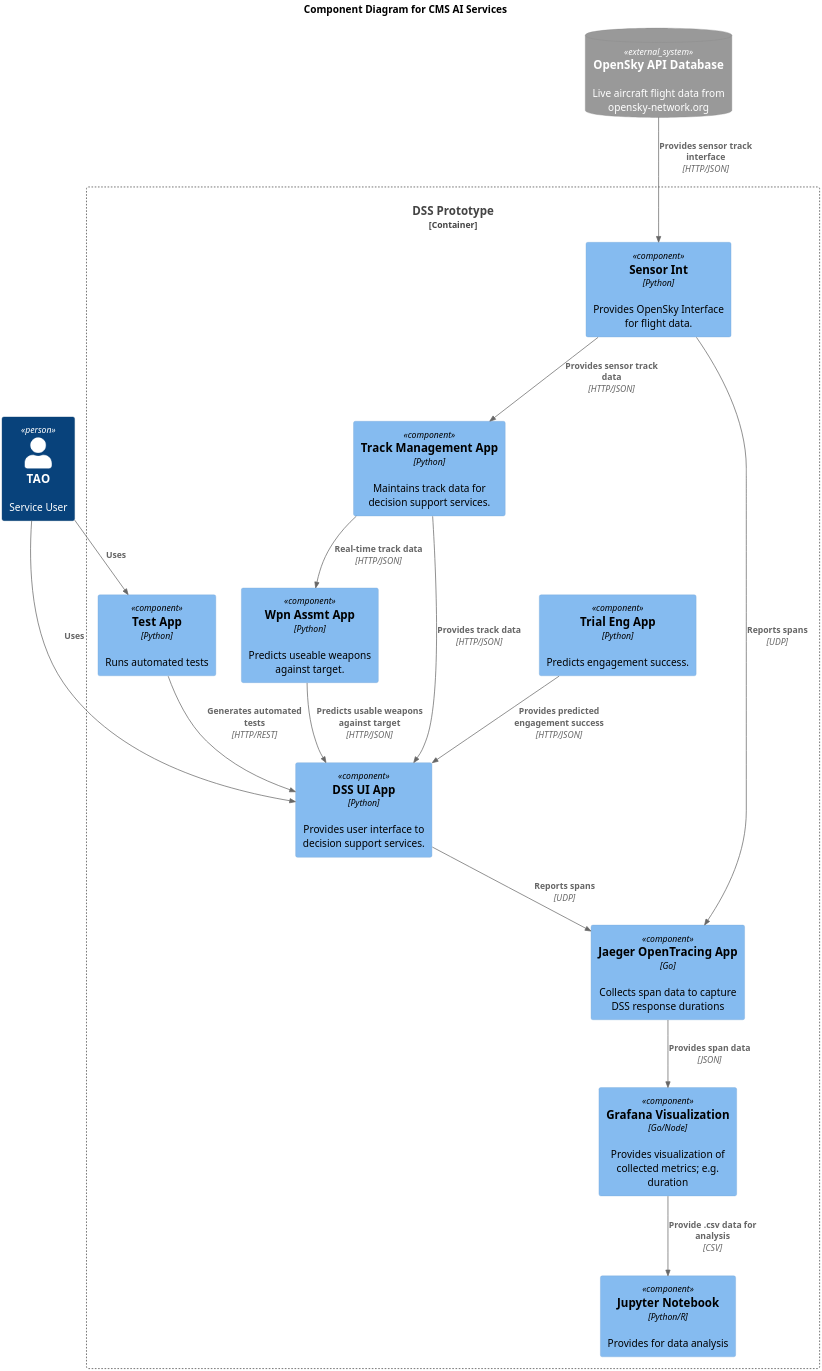
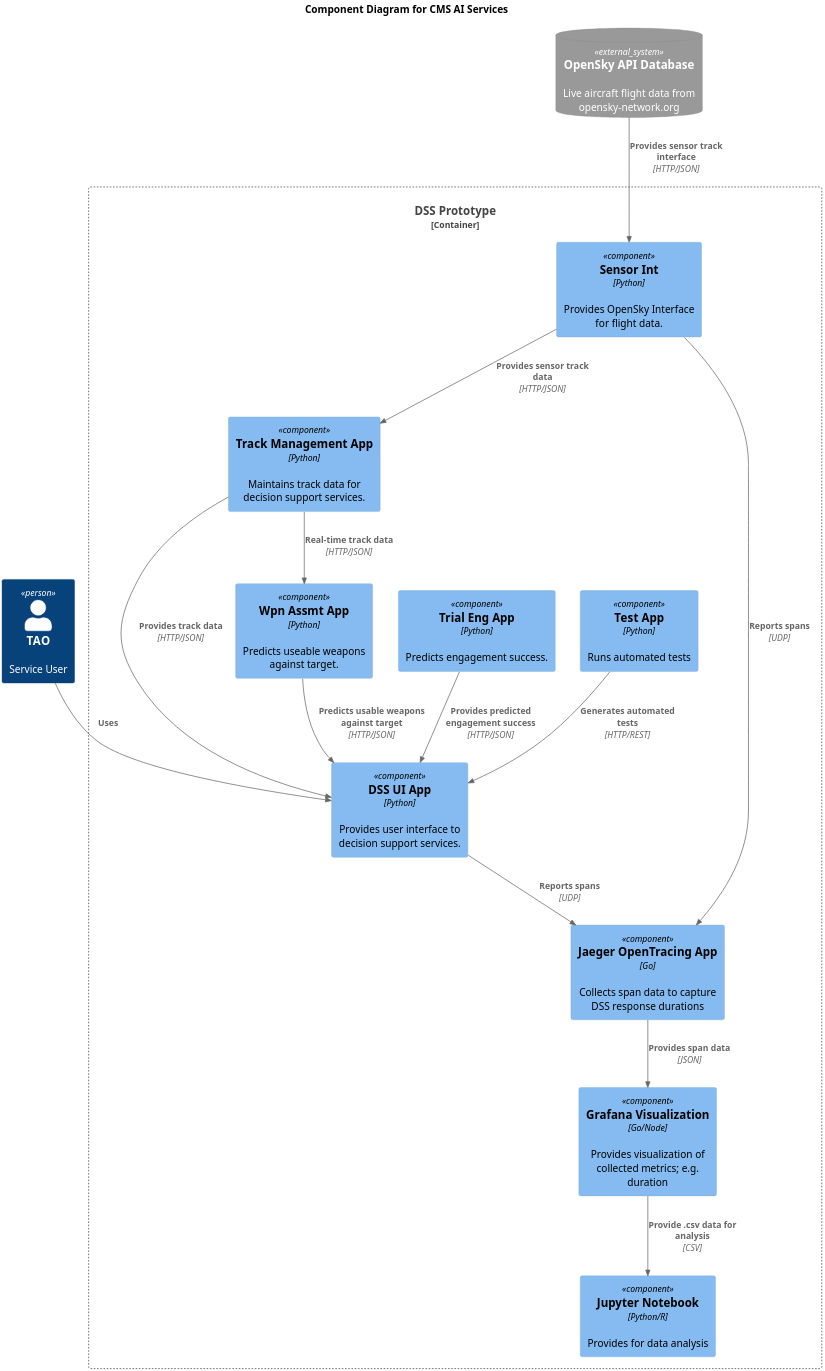
Before and after one commit to amurp003/dss-prototype: the second of 3 diagrams in doc/software-design/dss-prototype-sw-design.puml, drawn with PlantUML. The commit also changed other lines of this file and 6 other files, not shown here.

```diff
--- a/doc/software-design/dss-prototype-sw-design.puml
+++ b/doc/software-design/dss-prototype-sw-design.puml
@@ -24,41 +24,40 @@
 @startuml Component Diagram v1
 skinparam dpi 300
 !include https://raw.githubusercontent.com/plantuml-stdlib/C4-PlantUML/master/C4_Component.puml
 ' uncomment the following line and comment the first to use locally
 ' !include C4_Component.puml
 
 
 ' LAYOUT_LANDSCAPE()
 
 title Component Diagram for CMS AI Services
 
 Person(tao, TAO, "Service User")
 Container_Boundary(AI, "DSS Prototype"){
 
     Component(UI, "DSS UI App", "Python", "Provides user interface to decision support services.")
     Component(TM, "Track Management App", "Python", "Maintains track data for decision support services.")
     Component(TnE, "Test App", "Python", "Runs automated tests")
     Component(TE,"Trial Eng App", "Python", "Predicts engagement success.")
     Component(WA, "Wpn Assmt App", "Python", "Predicts useable weapons against target.")
     Component(SI, "Sensor Int", "Python", "Provides OpenSky Interface for flight data.")
     Component(Grafana, "Grafana Visualization", "Go/Node", "Provides visualization of collected metrics; e.g. duration")
     Component(Jaeger, "Jaeger OpenTracing App", "Go", "Collects span data to capture DSS response durations")
     Component(Jupyter, "Jupyter Notebook", "Python/R", "Provides for data analysis")
     }
 
 SystemDb_Ext(C2, "OpenSky API Database", "Live aircraft flight data from opensky-network.org")
 
 Rel(C2,SI, "Provides sensor track interface", "HTTP/JSON")
 Rel(SI,TM, "Provides sensor track data", "HTTP/JSON")
 Rel(tao,UI, "Uses")
-Rel(tao,TnE, "Uses")
 Rel(TM,UI, "Provides track data", "HTTP/JSON")
 Rel(TnE,UI, "Generates automated tests", "HTTP/REST")
 Rel(TE,UI, "Provides predicted engagement success", "HTTP/JSON")
 Rel(WA,UI, "Predicts usable weapons against target", "HTTP/JSON")
 Rel(TM,WA, "Real-time track data", "HTTP/JSON")
 Rel(UI,Jaeger, "Reports spans", "UDP")
 Rel(SI,Jaeger, "Reports spans", "UDP")
 Rel(Jaeger,Grafana, "Provides span data", "JSON")
 Rel(Grafana,Jupyter, "Provide .csv data for analysis", "CSV")
 @enduml
```
